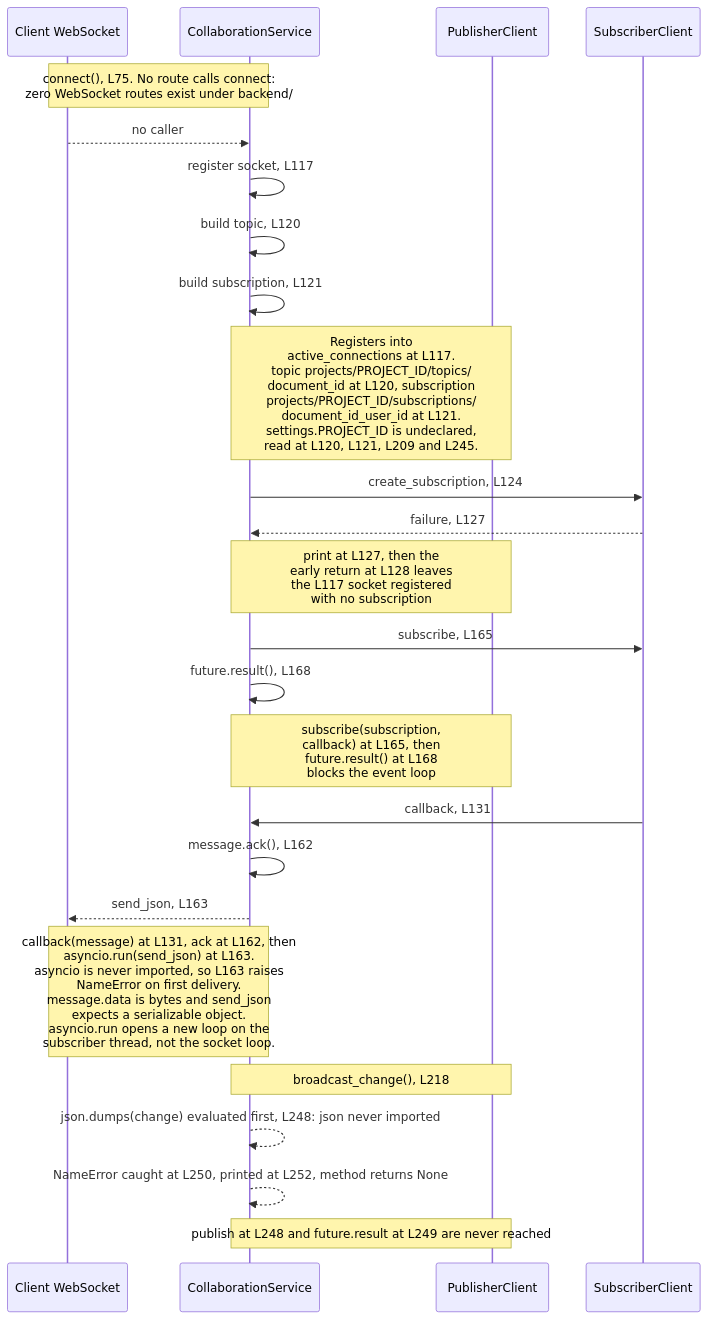
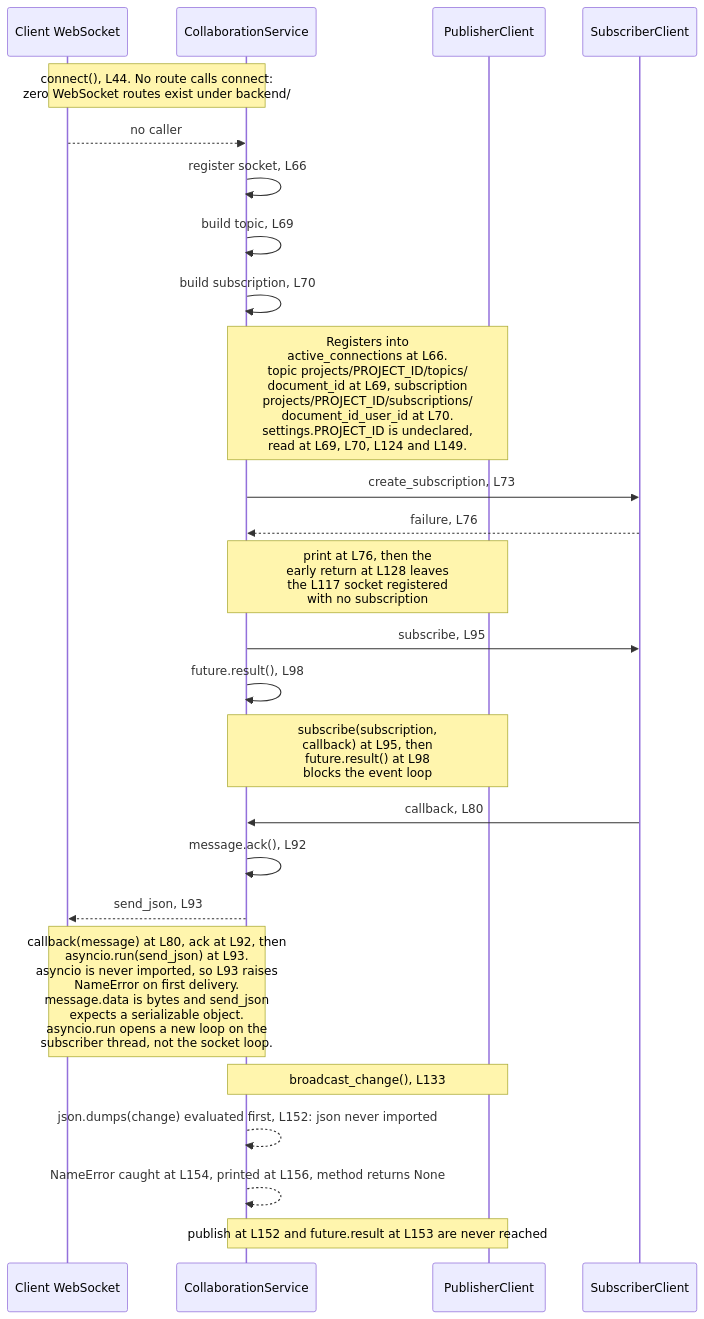
The first of 2 diagrams in backend/app/services/README.md (blitzy-public-samples/microsoft-word-u33ko0), drawn with Mermaid before and after one commit. The commit also changed other lines of this file and 69 other files, not shown here.

````diff
--- a/backend/app/services/README.md
+++ b/backend/app/services/README.md
@@ -129,30 +130,30 @@
 ```mermaid
 sequenceDiagram
     accTitle: The per-document Pub/Sub collaboration fan-out
     accDescr: No route calls connect, so the whole exchange is unreachable. Inside it, an early return leaves a socket registered with no subscription, and two undefined module names raise on first delivery and first publish.
     participant WS as Client WebSocket
     participant CS as CollaborationService
     participant PUB as PublisherClient
     participant SUB as SubscriberClient
 
-    Note over WS,CS: connect(), L75. No route calls connect:<br/>zero WebSocket routes exist under backend/
+    Note over WS,CS: connect(), L44. No route calls connect:<br/>zero WebSocket routes exist under backend/
     WS -->> CS: no caller
-    CS ->> CS: register socket, L117
-    CS ->> CS: build topic, L120
-    CS ->> CS: build subscription, L121
-    Note over CS,PUB: Registers into<br/>active_connections at L117.<br/>topic projects/PROJECT_ID/topics/<br/>document_id at L120, subscription<br/>projects/PROJECT_ID/subscriptions/<br/>document_id_user_id at L121.<br/>settings.PROJECT_ID is undeclared,<br/>read at L120, L121, L209 and L245.
-    CS ->> SUB: create_subscription, L124
-    SUB -->> CS: failure, L127
-    Note over CS,PUB: print at L127, then the<br/>early return at L128 leaves<br/>the L117 socket registered<br/>with no subscription
-    CS ->> SUB: subscribe, L165
-    CS ->> CS: future.result(), L168
-    Note over CS,PUB: subscribe(subscription,<br/>callback) at L165, then<br/>future.result() at L168<br/>blocks the event loop
-    SUB ->> CS: callback, L131
-    CS ->> CS: message.ack(), L162
-    CS -->> WS: send_json, L163
-    Note over WS,CS: callback(message) at L131, ack at L162, then<br/>asyncio.run(send_json) at L163.<br/>asyncio is never imported, so L163 raises<br/>NameError on first delivery.<br/>message.data is bytes and send_json<br/>expects a serializable object.<br/>asyncio.run opens a new loop on the<br/>subscriber thread, not the socket loop.
-    Note over CS,PUB: broadcast_change(), L218
-    CS -->> CS: json.dumps(change) evaluated first, L248: json never imported
-    CS -->> CS: NameError caught at L250, printed at L252, method returns None
-    Note over CS,PUB: publish at L248 and future.result at L249 are never reached
+    CS ->> CS: register socket, L66
+    CS ->> CS: build topic, L69
+    CS ->> CS: build subscription, L70
+    Note over CS,PUB: Registers into<br/>active_connections at L66.<br/>topic projects/PROJECT_ID/topics/<br/>document_id at L69, subscription<br/>projects/PROJECT_ID/subscriptions/<br/>document_id_user_id at L70.<br/>settings.PROJECT_ID is undeclared,<br/>read at L69, L70, L124 and L149.
+    CS ->> SUB: create_subscription, L73
+    SUB -->> CS: failure, L76
+    Note over CS,PUB: print at L76, then the<br/>early return at L128 leaves<br/>the L117 socket registered<br/>with no subscription
+    CS ->> SUB: subscribe, L95
+    CS ->> CS: future.result(), L98
+    Note over CS,PUB: subscribe(subscription,<br/>callback) at L95, then<br/>future.result() at L98<br/>blocks the event loop
+    SUB ->> CS: callback, L80
+    CS ->> CS: message.ack(), L92
+    CS -->> WS: send_json, L93
+    Note over WS,CS: callback(message) at L80, ack at L92, then<br/>asyncio.run(send_json) at L93.<br/>asyncio is never imported, so L93 raises<br/>NameError on first delivery.<br/>message.data is bytes and send_json<br/>expects a serializable object.<br/>asyncio.run opens a new loop on the<br/>subscriber thread, not the socket loop.
+    Note over CS,PUB: broadcast_change(), L133
+    CS -->> CS: json.dumps(change) evaluated first, L152: json never imported
+    CS -->> CS: NameError caught at L154, printed at L156, method returns None
+    Note over CS,PUB: publish at L152 and future.result at L153 are never reached
 ```
````
